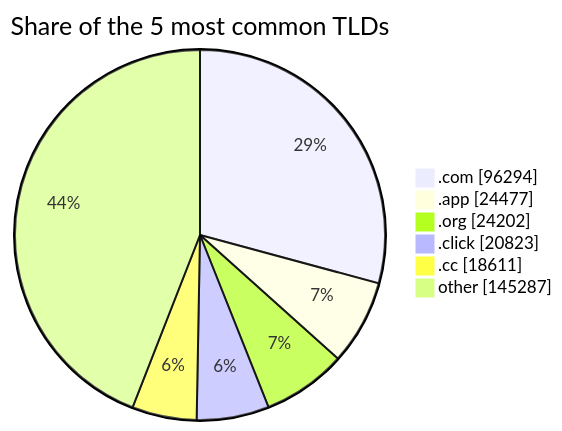
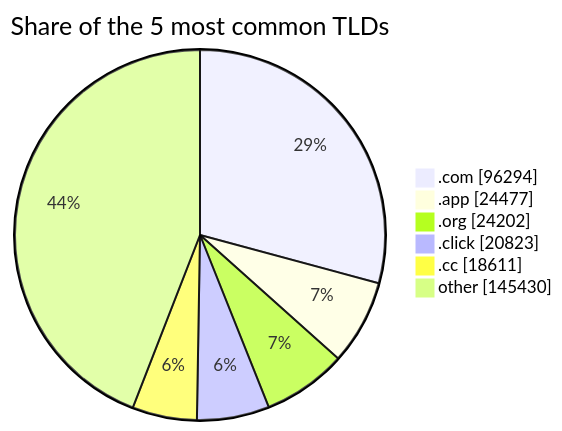
The third of 3 diagrams in README.md (DNSBunker/CTI), drawn with Mermaid before and after one commit. The commit also changed other lines of this file and 4 other files, not shown here.

````diff
--- a/README.md
+++ b/README.md
@@ -81,9 +81,9 @@
 ```mermaid
 pie showData title Share of the 5 most common TLDs
     ".com" : 96294
     ".app" : 24477
     ".org" : 24202
     ".click" : 20823
     ".cc" : 18611
-    "other" : 145287
+    "other" : 145430
 ```
````
